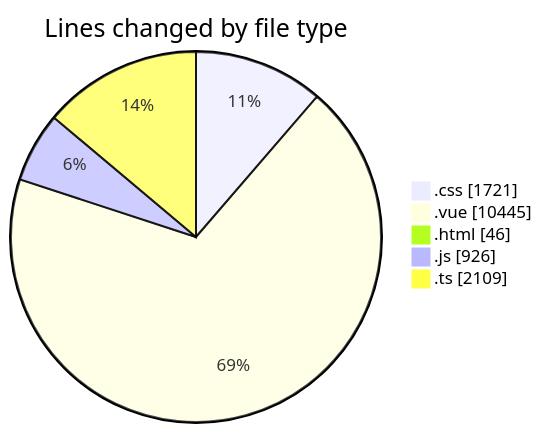
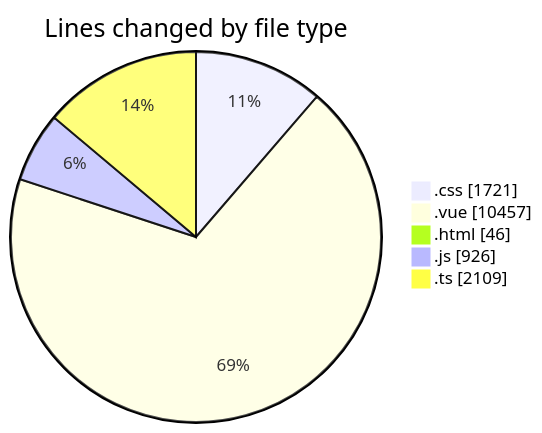
One commit to lephambinh05/code-tracking changed the first of 2 diagrams in 2025-08-18/rentotp/README.md. Above: the diagram before and after it, drawn with Mermaid. The commit also changed other lines of this file and 1 other file, not shown here.

````diff
--- a/2025-08-18/rentotp/README.md
+++ b/2025-08-18/rentotp/README.md
@@ -59,9 +59,9 @@
 ```mermaid
 pie showData
 title Lines changed by file type
 ".css" : 1721
-".vue" : 10445
+".vue" : 10457
 ".html" : 46
 ".js" : 926
 ".ts" : 2109
 ```
````
